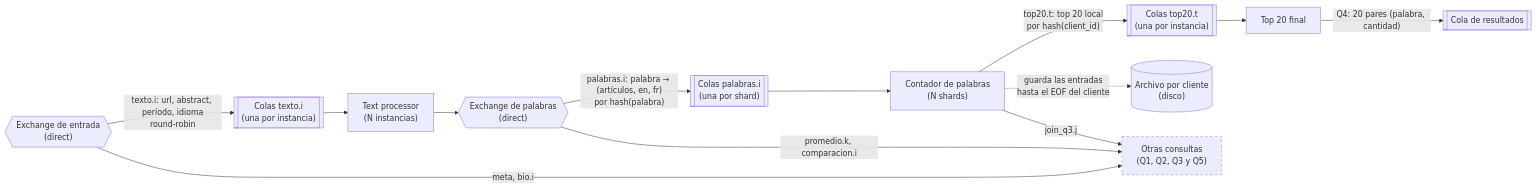
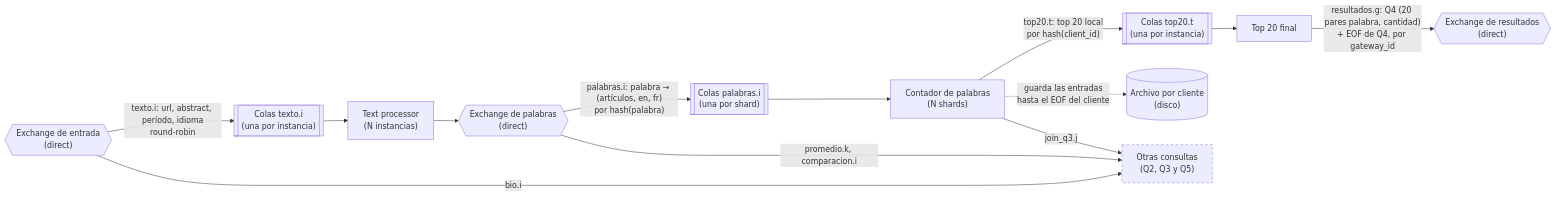
Before and after one commit to Cristobal710/tp-final-distribuidos: diagram 11 of 14 in diagramas/README.md, drawn with Mermaid. The commit also changed other lines of this file, not shown here.

````diff
--- a/diagramas/README.md
+++ b/diagramas/README.md
@@ -504,20 +455,20 @@
 ```mermaid
 flowchart LR
     EXE{{"Exchange de entrada<br/>(direct)"}}
     EXE -- "texto.i: url, abstract, período, idioma<br/>round-robin" --> QTX[["Colas texto.i<br/>(una por instancia)"]]
     QTX --> TP["Text processor<br/>(N instancias)"]
     TP --> EXP{{"Exchange de palabras<br/>(direct)"}}
     EXP -- "palabras.i: palabra → (artículos, en, fr)<br/>por hash(palabra)" --> QW[["Colas palabras.i<br/>(una por shard)"]]
     QW --> WC["Contador de palabras<br/>(N shards)"]
     WC -- "top20.t: top 20 local<br/>por hash(client_id)" --> QTOP[["Colas top20.t<br/>(una por instancia)"]]
     QTOP --> TOP["Top 20 final"]
-    TOP -- "Q4: 20 pares (palabra, cantidad)" --> QR[["Cola de resultados"]]
+    TOP -- "resultados.g: Q4 (20 pares palabra, cantidad)<br/>+ EOF de Q4, por gateway_id" --> EXR{{"Exchange de resultados<br/>(direct)"}}
     WC -. "guarda las entradas<br/>hasta el EOF del cliente" .-> DWC[("Archivo por cliente<br/>(disco)")]
 
-    EXE -- "meta, bio.i" --> OTRAS["Otras consultas<br/>(Q1, Q2, Q3 y Q5)"]
+    EXE -- "bio.i" --> OTRAS["Otras consultas<br/>(Q2, Q3 y Q5)"]
     EXP -- "promedio.k, comparacion.i" --> OTRAS
     WC -- "join_q3.j" --> OTRAS
 
     classDef resto stroke-dasharray: 5 5
     class OTRAS resto
 ```
````
